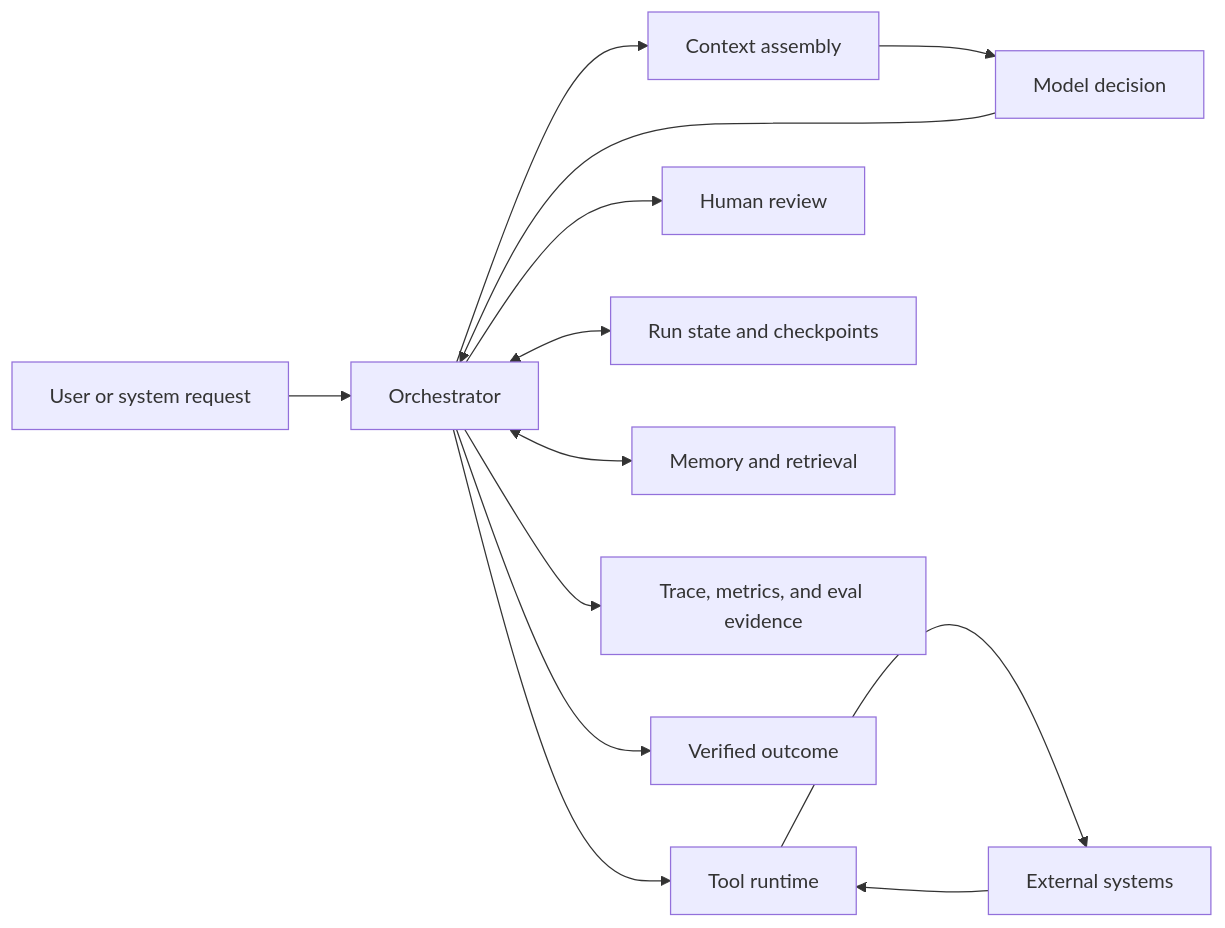
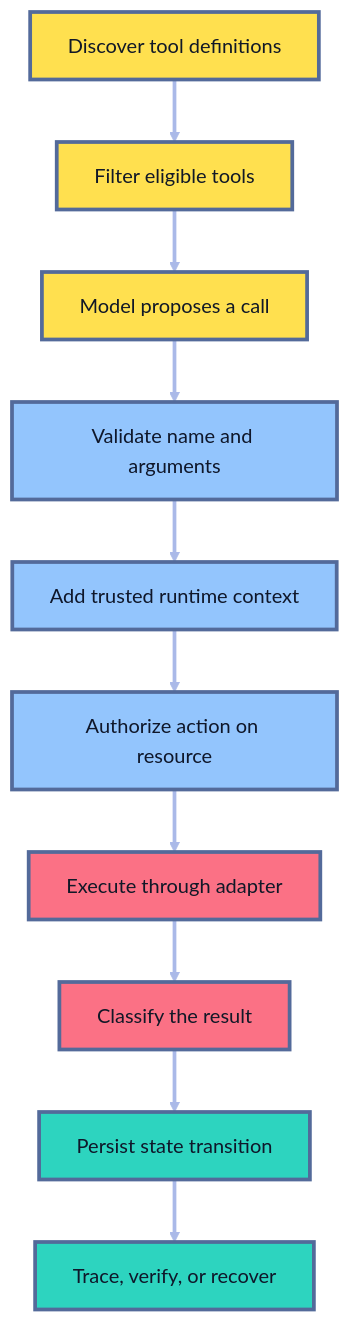
The second of 4 diagrams in roadmaps/mlops/modules/llmops/harness-engineering/02-tool-runtime-design.md (senlinyy/dev-roadmaps), drawn with Mermaid before and after one commit. The commit also changed other lines of this file and 198 other files, not shown here.

````diff
--- a/roadmaps/mlops/modules/llmops/harness-engineering/02-tool-runtime-design.md
+++ b/roadmaps/mlops/modules/llmops/harness-engineering/02-tool-runtime-design.md
@@ -18,15 +100,22 @@
 ```mermaid
-flowchart LR
-    U["User or system request"] --> O["Orchestrator"]
-    O --> C["Context assembly"]
-    C --> M["Model decision"]
-    M --> O
-    O --> T["Tool runtime"]
-    O --> H["Human review"]
-    O <--> S["Run state and checkpoints"]
-    O <--> R["Memory and retrieval"]
-    T --> E["External systems"]
-    E --> T
-    O --> V["Trace, metrics, and eval evidence"]
-    O --> F["Verified outcome"]
+flowchart TD
+    A["Discover tool definitions"] --> B["Filter eligible tools"]
+    B --> C["Model proposes a call"]
+    C --> D["Validate name and arguments"]
+    D --> E["Add trusted runtime context"]
+    E --> F["Authorize action on resource"]
+    F --> G["Execute through adapter"]
+    G --> H["Classify the result"]
+    H --> I["Persist state transition"]
+    I --> J["Trace, verify, or recover"]
+
+    classDef choice fill:#FFE04F,stroke:#536A9A,stroke-width:3px,color:#111827
+    classDef control fill:#93C5FD,stroke:#536A9A,stroke-width:3px,color:#0F172A
+    classDef effect fill:#FB7185,stroke:#536A9A,stroke-width:3px,color:#111827
+    classDef evidence fill:#2DD4BF,stroke:#536A9A,stroke-width:3px,color:#0F172A
+    class A,B,C choice
+    class D,E,F control
+    class G,H effect
+    class I,J evidence
+    linkStyle default stroke:#AAB9E8,stroke-width:3px
 ```
````
